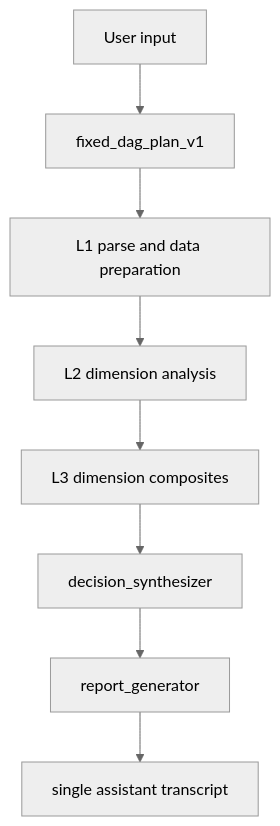
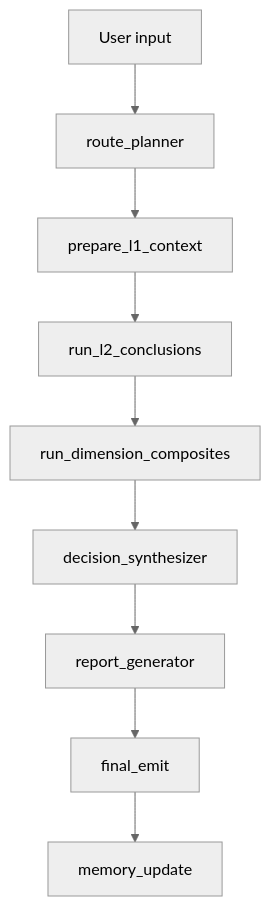
The diagram in docs/SYSTEM_MAP.md (leephenix565/langgraph-my-agent), drawn with Mermaid (neutral theme) before and after one commit. The commit also changed other lines of this file and 51 other files, not shown here.

````diff
--- a/docs/SYSTEM_MAP.md
+++ b/docs/SYSTEM_MAP.md
@@ -55,10 +36,11 @@
 ```mermaid
 flowchart TD
-    U["User input"] --> P["fixed_dag_plan_v1"]
-    P --> L1["L1 parse and data preparation"]
-    L1 --> L2["L2 dimension analysis"]
-    L2 --> L3["L3 dimension composites"]
+    U["User input"] --> P["route_planner"]
+    P --> E["prepare_l1_context"]
+    E --> L2["run_l2_conclusions"]
+    L2 --> L3["run_dimension_composites"]
     L3 --> D["decision_synthesizer"]
     D --> R["report_generator"]
-    R --> T["single assistant transcript"]
+    R --> F["final_emit"]
+    F --> M["memory_update"]
 ```
````
